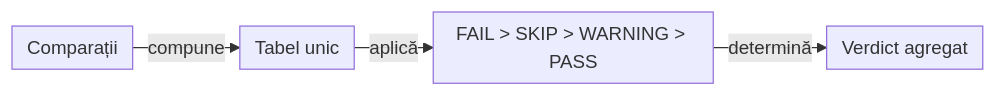
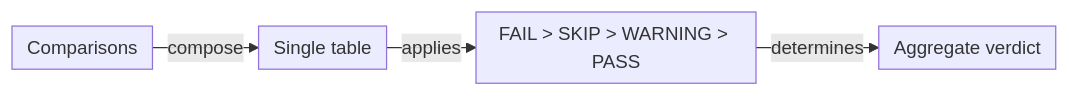
The sixth of 11 diagrams in docs/ATF_Reporting_Contract.md (crististefanita/atf_j0), drawn with Mermaid before and after one commit. The commit also changed other lines of this file and 113 other files, not shown here.

````diff
--- a/docs/ATF_Reporting_Contract.md
+++ b/docs/ATF_Reporting_Contract.md
@@ -600,7 +469,7 @@
 ```mermaid
 %%{init: {"themeVariables":{"fontSize":"15px"},"themeCSS":".nodeLabel, .nodeLabel p { font-size: 15px !important; line-height: 1.35 !important; } .edgeLabel, .edgeLabel p { font-size: 12px !important; font-weight: 400 !important; line-height: 1.2 !important; } .edgeLabel .labelBkg, .edgeLabel p { background: transparent !important; } .edgeLabel foreignObject { transform: translateY(-18px); overflow: visible; } .node rect { rx: 6px; ry: 6px; }","flowchart":{"curve":"linear","nodeSpacing":24,"rankSpacing":24,"padding":6,"diagramPadding":20}}}%%
 flowchart LR
-    Rows["Comparații"] -->|compune| Aggregate["Tabel unic"]
-    Aggregate -->|aplică| Precedence["FAIL > SKIP > WARNING > PASS"]
-    Precedence -->|determină| Verdict["Verdict agregat"]
+    Rows["Comparisons"] -->|compose| Aggregate["Single table"]
+    Aggregate -->|applies| Precedence["FAIL > SKIP > WARNING > PASS"]
+    Precedence -->|determines| Verdict["Aggregate verdict"]
 ```
````
